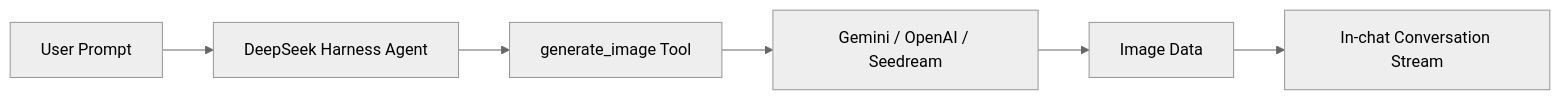
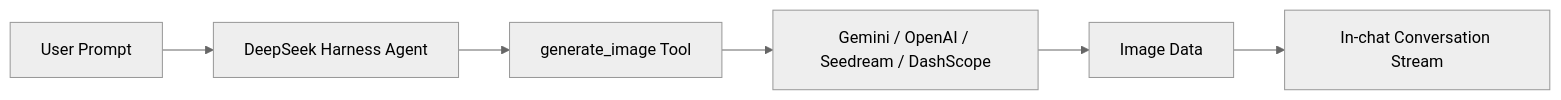
Before and after one commit to LiuRJ99/dsh-image-gen: the diagram in README.en.md, drawn with Mermaid (neutral theme). The commit also changed other lines of this file and 2 other files, not shown here.

Commit message:
docs: add DashScope (Aliyun Wanx) to supported providers and architecture diagrams

````diff
--- a/README.en.md
+++ b/README.en.md
@@ -52,8 +52,8 @@
 ```mermaid
 graph LR
     A[User Prompt] --> B[DeepSeek Harness Agent]
     B --> C[generate_image Tool]
-    C --> D[Gemini / OpenAI / Seedream]
+    C --> D[Gemini / OpenAI / Seedream / DashScope]
     D --> E[Image Data]
     E --> F[In-chat Conversation Stream]
 ```
````
